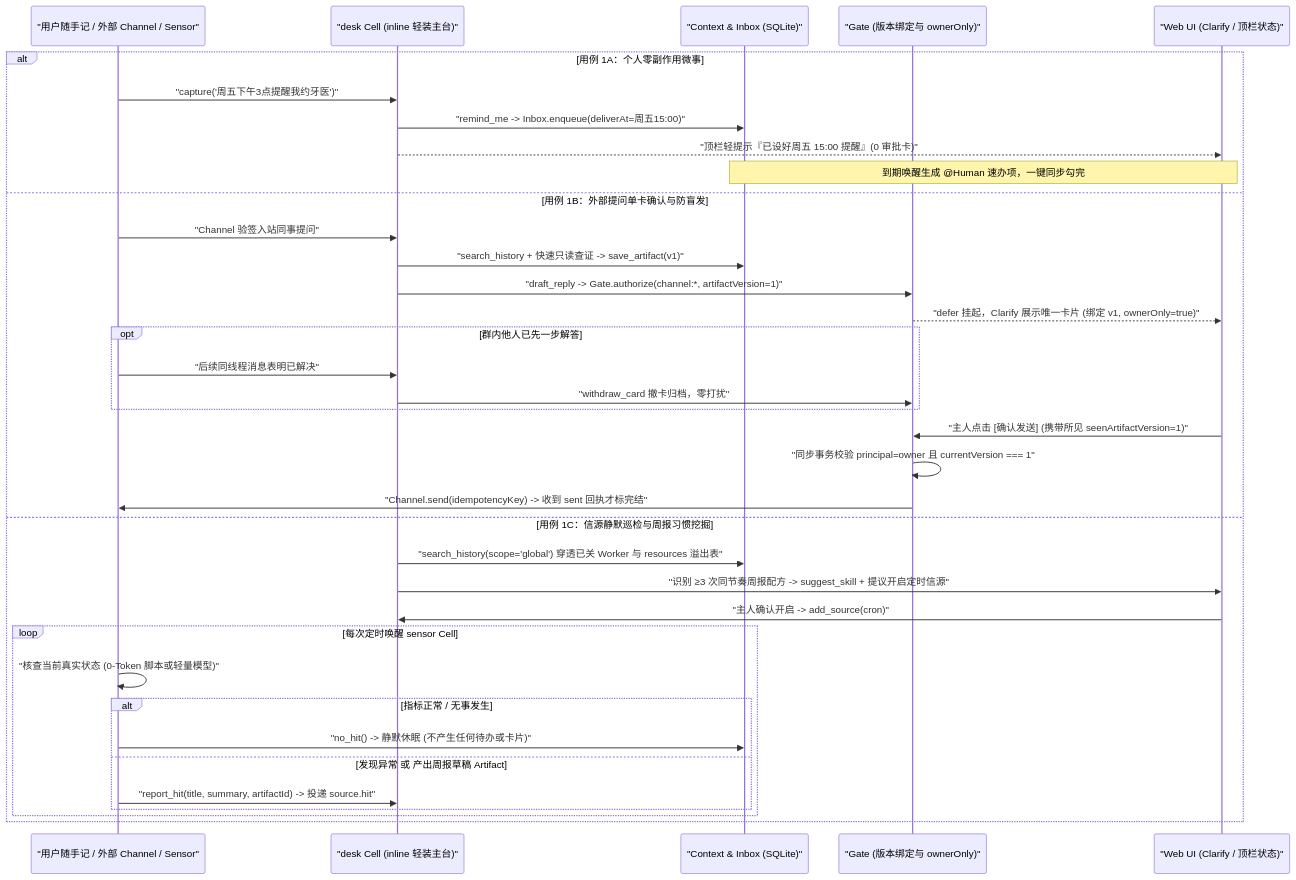
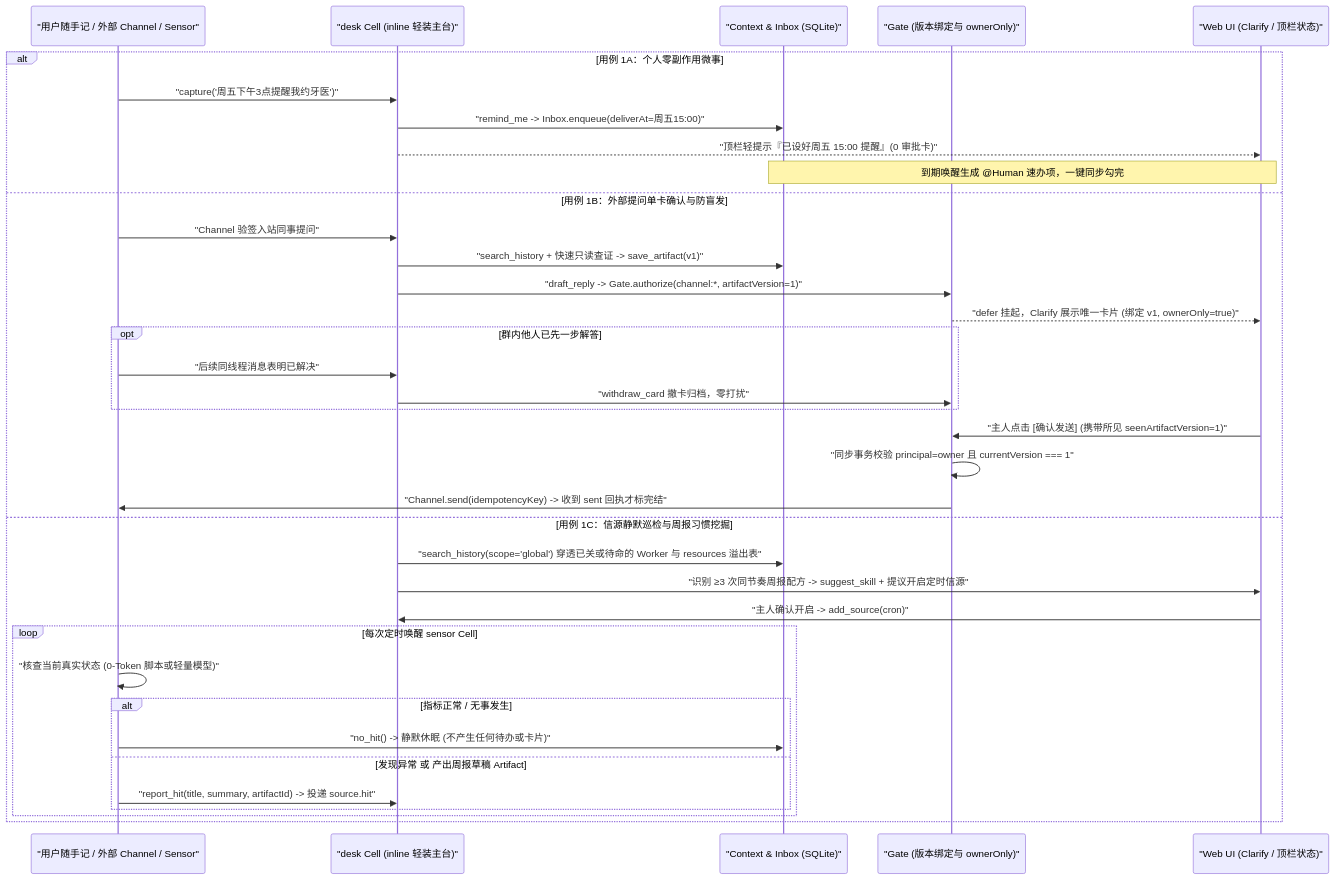
The diagram in docs/02-workflows/uc01-capture-reply-and-sources.md (project-aoi/ng-agents), drawn with Mermaid before and after one commit. The commit also changed other lines of this file and 188 other files, not shown here.

````diff
--- a/docs/02-workflows/uc01-capture-reply-and-sources.md
+++ b/docs/02-workflows/uc01-capture-reply-and-sources.md
@@ -23,39 +23,39 @@
 ```mermaid
 sequenceDiagram
     participant Src as "用户随手记 / 外部 Channel / Sensor"
     participant Desk as "desk Cell (inline 轻装主台)"
     participant Ctx as "Context & Inbox (SQLite)"
     participant Gate as "Gate (版本绑定与 ownerOnly)"
     participant UI as "Web UI (Clarify / 顶栏状态)"
 
     alt 用例 1A：个人零副作用微事
         Src->>Desk: "capture('周五下午3点提醒我约牙医')"
         Desk->>Ctx: "remind_me -> Inbox.enqueue(deliverAt=周五15:00)"
         Desk-->>UI: "顶栏轻提示『已设好周五 15:00 提醒』(0 审批卡)"
         Note over Ctx,UI: 到期唤醒生成 @Human 速办项，一键同步勾完
     else 用例 1B：外部提问单卡确认与防盲发
         Src->>Desk: "Channel 验签入站同事提问"
         Desk->>Ctx: "search_history + 快速只读查证 -> save_artifact(v1)"
         Desk->>Gate: "draft_reply -> Gate.authorize(channel:*, artifactVersion=1)"
         Gate-->>UI: "defer 挂起，Clarify 展示唯一卡片 (绑定 v1, ownerOnly=true)"
         opt 群内他人已先一步解答
             Src->>Desk: "后续同线程消息表明已解决"
             Desk->>Gate: "withdraw_card 撤卡归档，零打扰"
         end
         UI->>Gate: "主人点击 [确认发送] (携带所见 seenArtifactVersion=1)"
         Gate->>Gate: "同步事务校验 principal=owner 且 currentVersion === 1"
         Gate->>Src: "Channel.send(idempotencyKey) -> 收到 sent 回执才标完结"
     else 用例 1C：信源静默巡检与周报习惯挖掘
-        Desk->>Ctx: "search_history(scope='global') 穿透已关 Worker 与 resources 溢出表"
+        Desk->>Ctx: "search_history(scope='global') 穿透已关或待命的 Worker 与 resources 溢出表"
         Desk->>UI: "识别 ≥3 次同节奏周报配方 -> suggest_skill + 提议开启定时信源"
         UI->>Desk: "主人确认开启 -> add_source(cron)"
         loop 每次定时唤醒 sensor Cell
             Src->>Src: "核查当前真实状态 (0-Token 脚本或轻量模型)"
             alt 指标正常 / 无事发生
                 Src->>Ctx: "no_hit() -> 静默休眠 (不产生任何待办或卡片)"
             else 发现异常 或 产出周报草稿 Artifact
                 Src->>Desk: "report_hit(title, summary, artifactId) -> 投递 source.hit"
             end
         end
     end
 ```
````
